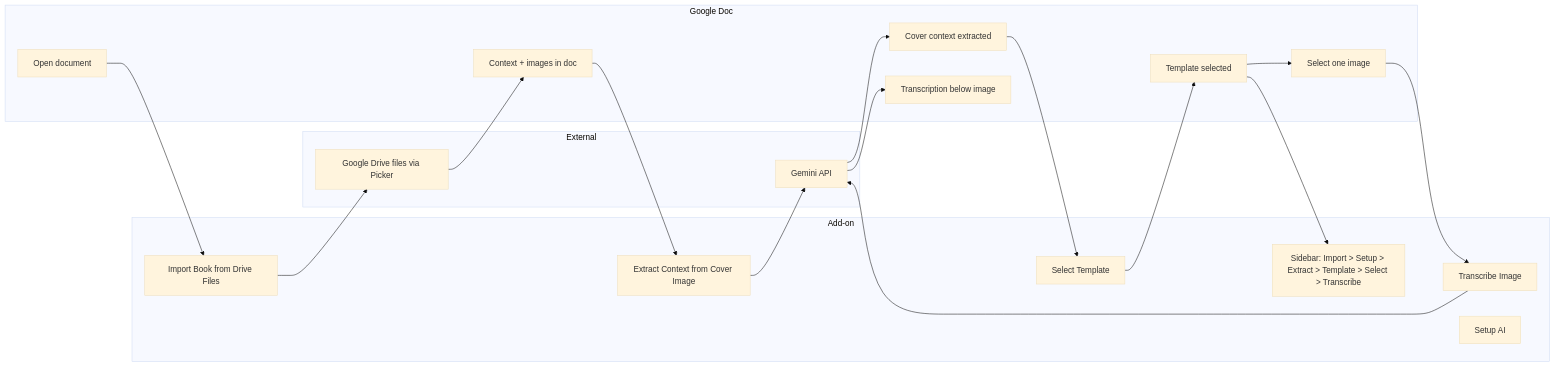
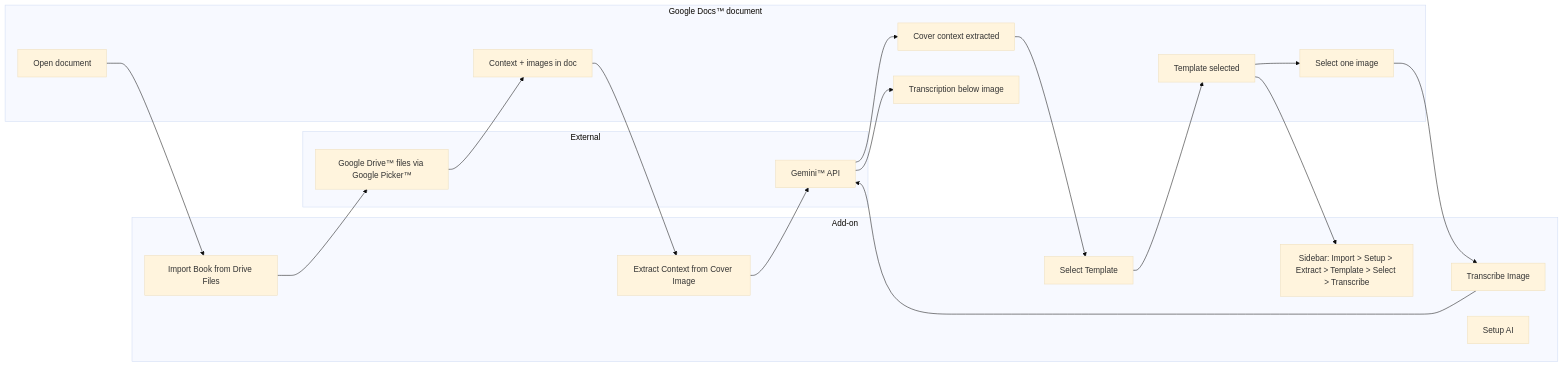
One commit to dekochka/geneascript-gdoc-addon changed the diagram in README.md. Above: the diagram before and after it, drawn with Mermaid (base theme). The commit also changed other lines of this file and 16 other files, not shown here.

````diff
--- a/README.md
+++ b/README.md
@@ -25,36 +25,36 @@
 ```mermaid
 flowchart LR
-  subgraph doc [Google Doc]
+  subgraph doc [Google Docs™ document]
     OpenDoc[Open document]
     ContextImages[Context + images in doc]
     CoverContext[Cover context extracted]
     TemplateSelected[Template selected]
     SelectImage[Select one image]
     Transcription[Transcription below image]
   end
   subgraph addon [Add-on]
     ImportMenu["Import Book from Drive Files"]
     ExtractMenu["Extract Context from Cover Image"]
     TemplateMenu["Select Template"]
     TranscribeMenu["Transcribe Image"]
     SetupMenu["Setup AI"]
     Sidebar["Sidebar: Import > Setup > Extract > Template > Select > Transcribe"]
   end
   subgraph external [External]
-    DriveFiles[Google Drive files via Picker]
-    Gemini[Gemini API]
+    DriveFiles[Google Drive™ files via Google Picker™]
+    Gemini[Gemini™ API]
   end
   OpenDoc --> ImportMenu
   ImportMenu --> DriveFiles
   DriveFiles --> ContextImages
   ContextImages --> ExtractMenu
   ExtractMenu --> Gemini
   Gemini --> CoverContext
   CoverContext --> TemplateMenu
   TemplateMenu --> TemplateSelected
   TemplateSelected --> Sidebar
   TemplateSelected --> SelectImage
   SelectImage --> TranscribeMenu
   TranscribeMenu --> Gemini
   Gemini --> Transcription
 ```
````
